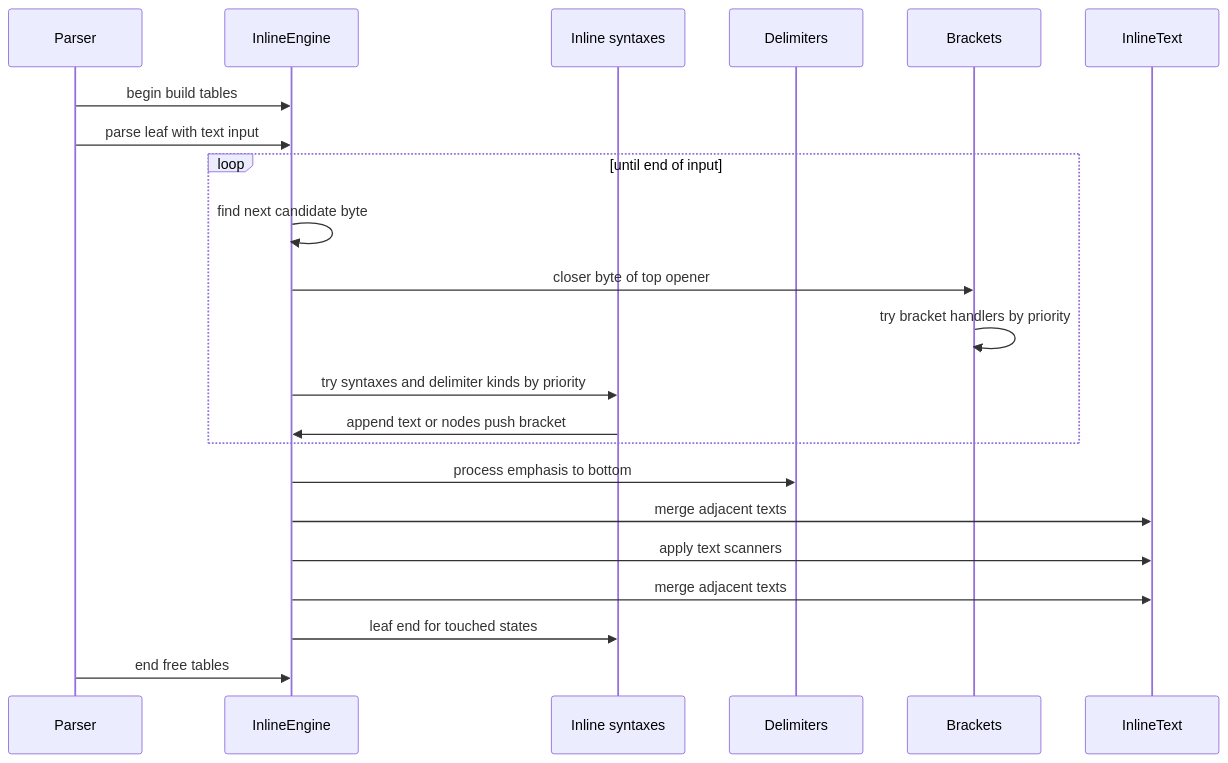
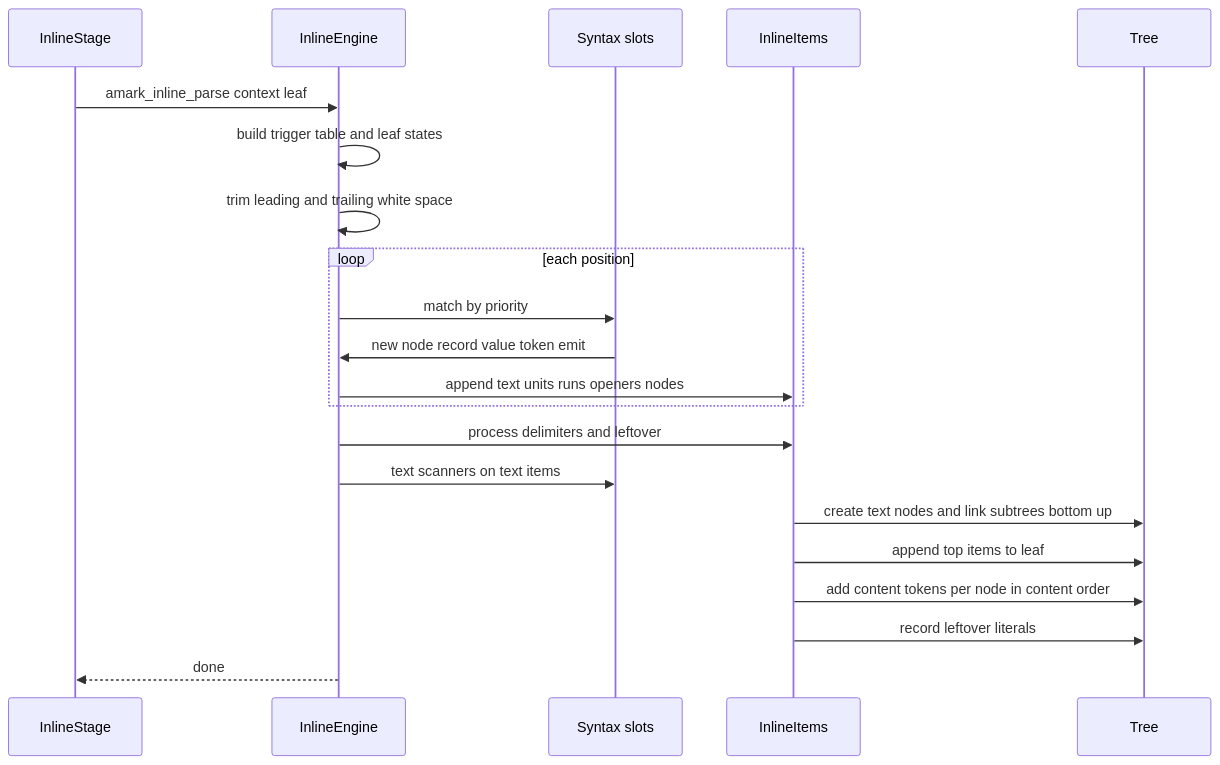
The second of 4 diagrams in .kiro/specs/inline-parser/design.md (ktdevx/amark-private2), drawn with Mermaid before and after one commit. The commit also changed other lines of this file and 4 other files, not shown here.

First line of the commit message:
docs(inline-parser): 新しい構文木のモデルで spec を作り直す

````diff
--- a/.kiro/specs/inline-parser/design.md
+++ b/.kiro/specs/inline-parser/design.md
@@ -242,24 +190,23 @@
 ```mermaid
 sequenceDiagram
-    participant P as Parser
+    participant S as InlineStage
     participant E as InlineEngine
-    participant S as Inline syntaxes
-    participant D as Delimiters
-    participant B as Brackets
-    participant T as InlineText
-    P->>E: begin build tables
-    P->>E: parse leaf with text input
-    loop until end of input
-        E->>E: find next candidate byte
-        E->>B: closer byte of top opener
-        B->>B: try bracket handlers by priority
-        E->>S: try syntaxes and delimiter kinds by priority
-        S->>E: append text or nodes push bracket
+    participant X as Syntax slots
+    participant I as InlineItems
+    participant T as Tree
+    S->>E: amark_inline_parse context leaf
+    E->>E: build trigger table and leaf states
+    E->>E: trim leading and trailing white space
+    loop each position
+        E->>X: match by priority
+        X->>E: new node record value token emit
+        E->>I: append text units runs openers nodes
     end
-    E->>D: process emphasis to bottom
-    E->>T: merge adjacent texts
-    E->>T: apply text scanners
-    E->>T: merge adjacent texts
-    E->>S: leaf end for touched states
-    P->>E: end free tables
+    E->>I: process delimiters and leftover
+    E->>X: text scanners on text items
+    I->>T: create text nodes and link subtrees bottom up
+    I->>T: append top items to leaf
+    I->>T: add content tokens per node in content order
+    I->>T: record leftover literals
+    E-->>S: done
 ```
````
